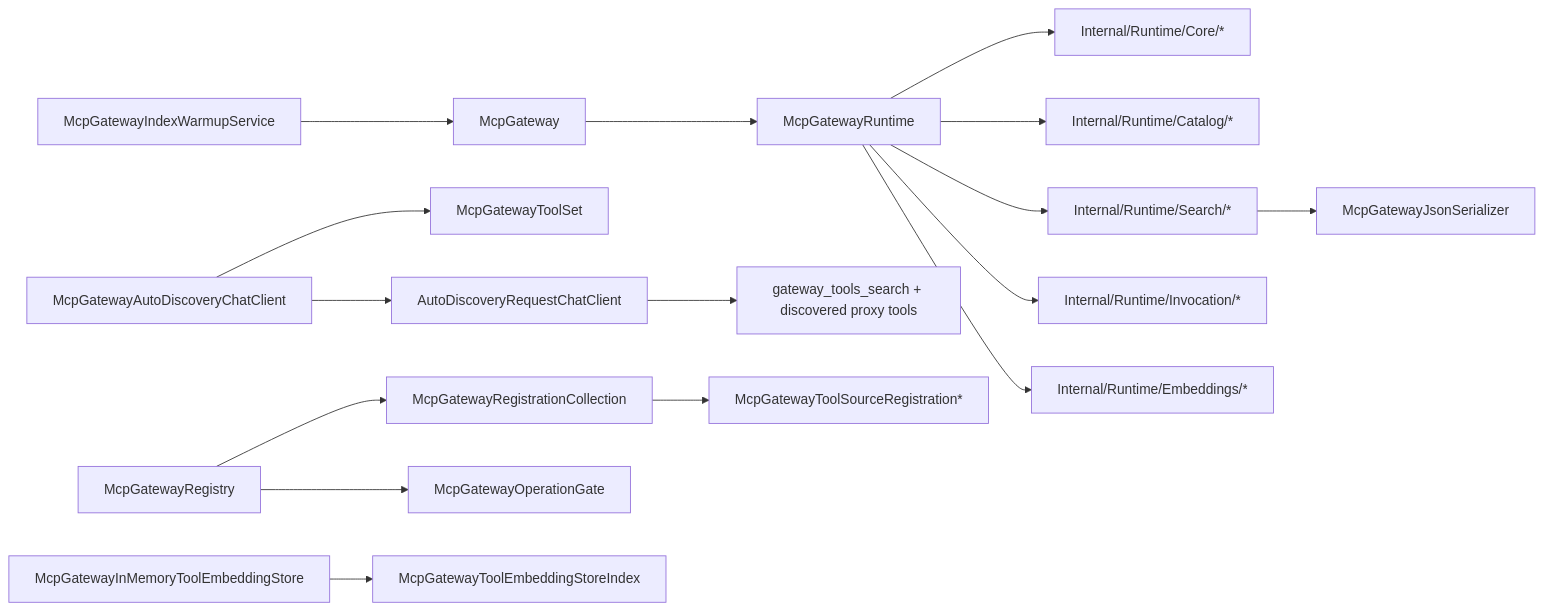
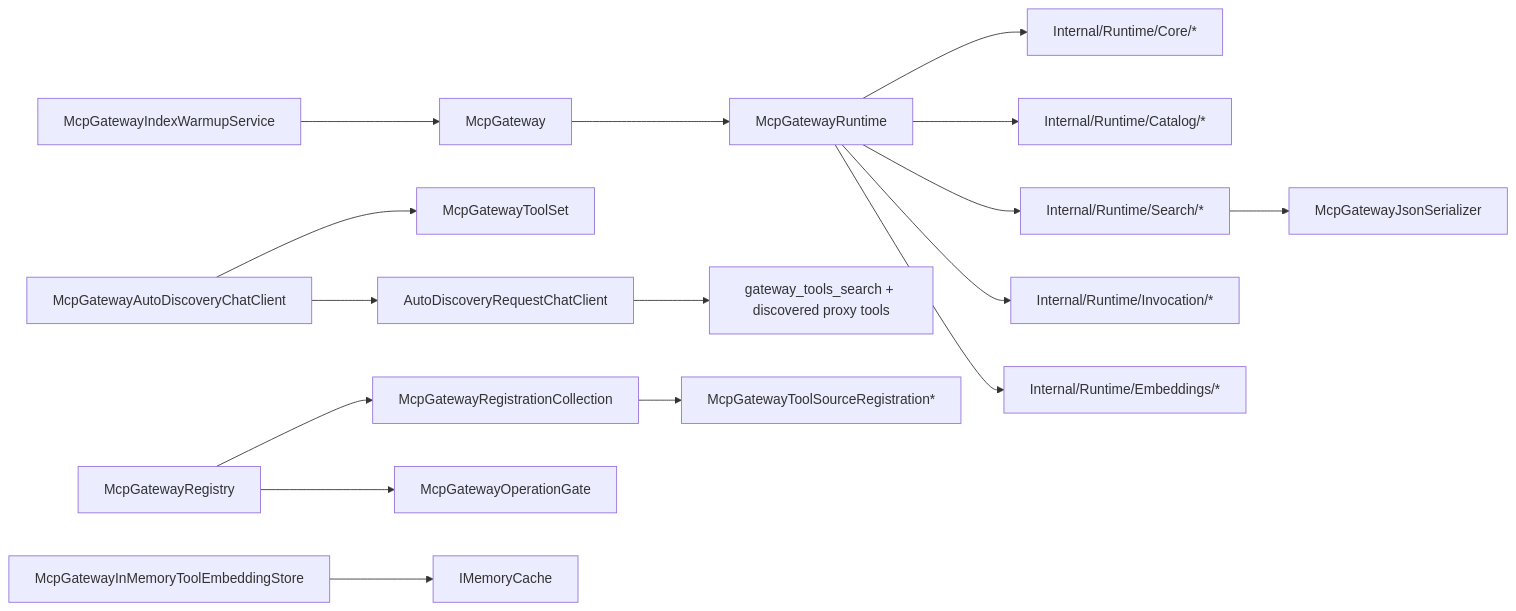
The third of 3 diagrams in docs/Architecture/Overview.md (managedcode/MCPGateway), drawn with Mermaid before and after one commit. The commit also changed other lines of this file and 15 other files, not shown here.

Commit message:
Use IMemoryCache for tool embeddings

````diff
--- a/docs/Architecture/Overview.md
+++ b/docs/Architecture/Overview.md
@@ -81,18 +81,18 @@
 ```mermaid
 flowchart LR
     McpGateway["McpGateway"] --> McpGatewayRuntime["McpGatewayRuntime"]
     AutoDiscovery["McpGatewayAutoDiscoveryChatClient"] --> ToolSet["McpGatewayToolSet"]
     AutoDiscovery --> RequestWrapper["AutoDiscoveryRequestChatClient"]
     RequestWrapper --> RuntimeTools["gateway_tools_search + discovered proxy tools"]
     McpGatewayRuntime --> RuntimeCore["Internal/Runtime/Core/*"]
     McpGatewayRuntime --> RuntimeCatalog["Internal/Runtime/Catalog/*"]
     McpGatewayRuntime --> RuntimeSearch["Internal/Runtime/Search/*"]
     McpGatewayRuntime --> RuntimeInvocation["Internal/Runtime/Invocation/*"]
     McpGatewayRuntime --> RuntimeEmbeddings["Internal/Runtime/Embeddings/*"]
     Registry["McpGatewayRegistry"] --> RegistrationCollection["McpGatewayRegistrationCollection"]
     Registry --> OperationGate["McpGatewayOperationGate"]
     RegistrationCollection --> SourceRegistrations["McpGatewayToolSourceRegistration*"]
     RuntimeSearch --> Json["McpGatewayJsonSerializer"]
     Warmup["McpGatewayIndexWarmupService"] --> McpGateway
-    InMemoryStore["McpGatewayInMemoryToolEmbeddingStore"] --> StoreIndex["McpGatewayToolEmbeddingStoreIndex"]
+    InMemoryStore["McpGatewayInMemoryToolEmbeddingStore"] --> MemoryCache["IMemoryCache"]
 ```
````
